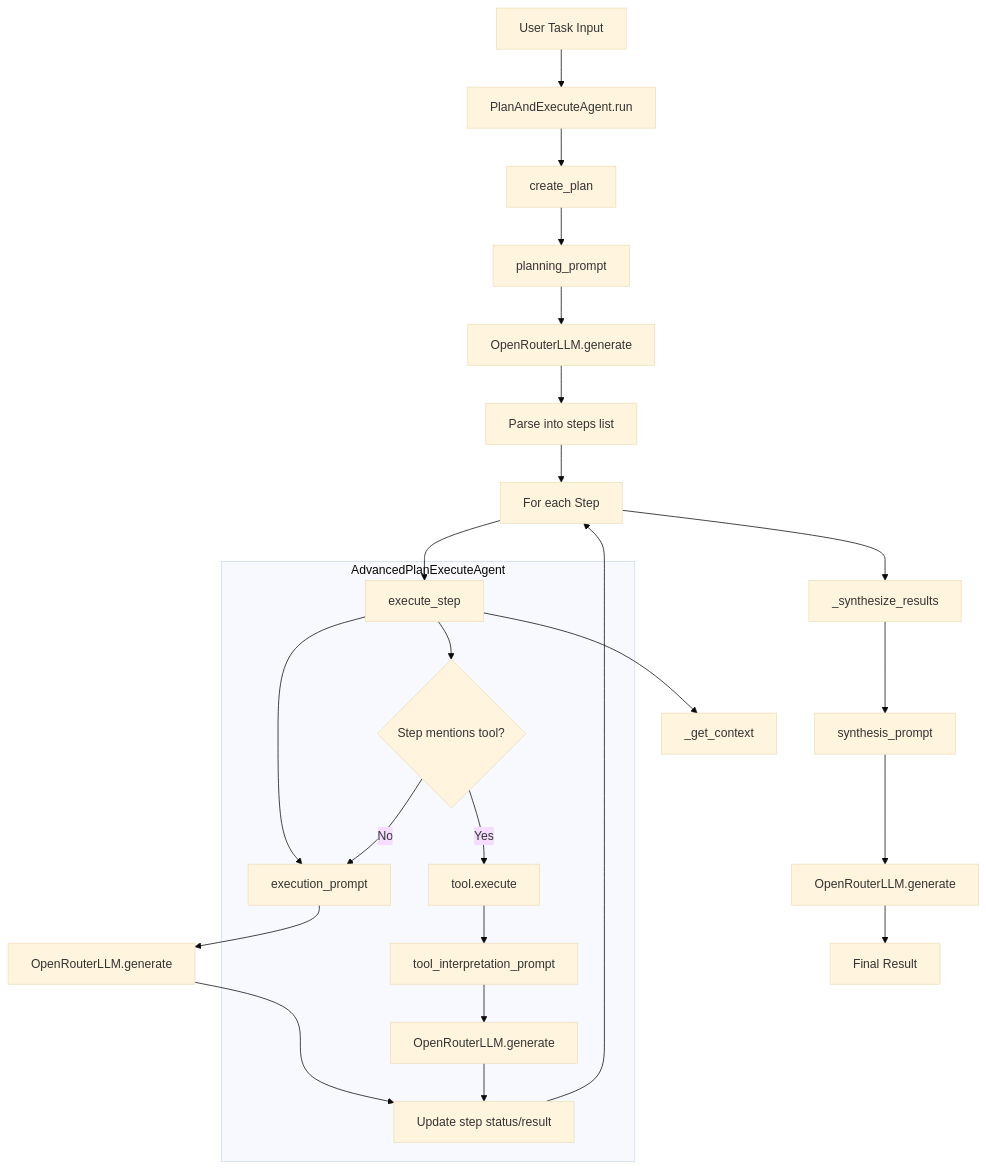
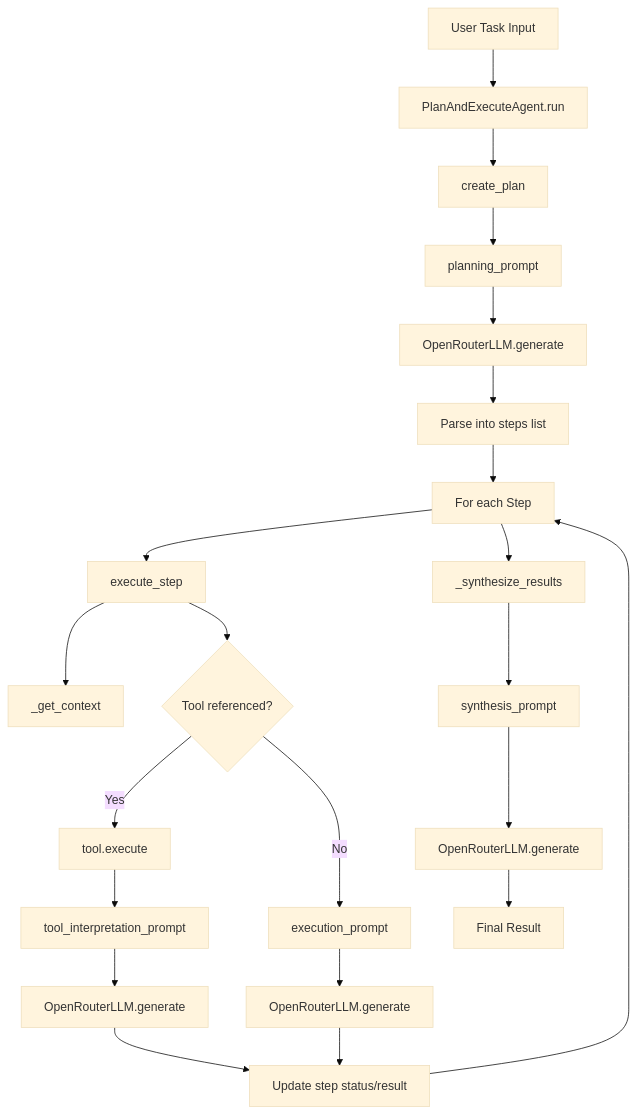
The diagram in readme.md (chjp/PlanExec-agent), drawn with Mermaid (base theme) before and after one commit. The commit also changed other lines of this file and 1 other file, not shown here.

Commit message:
rm CalculatorTool

````diff
--- a/readme.md
+++ b/readme.md
@@ -44,29 +43,25 @@
 ```mermaid
 flowchart TD
     U[User Task Input]
     U --> RUN[PlanAndExecuteAgent.run]
     RUN --> PLAN[create_plan]
     PLAN --> P1[planning_prompt]
     P1 --> LLM1[OpenRouterLLM.generate]
     LLM1 --> PARSE[Parse into steps list]
     PARSE --> LOOP[For each Step]
     LOOP --> EXEC[execute_step]
     EXEC --> CTX[_get_context]
-    EXEC --> P2[execution_prompt]
+    EXEC --> TOOLQ{Tool referenced?}
+    TOOLQ -- Yes --> TEXEC[tool.execute]
+    TEXEC --> P4[tool_interpretation_prompt]
+    P4 --> LLM4[OpenRouterLLM.generate]
+    LLM4 --> UPDATE[Update step status/result]
+    TOOLQ -- No --> P2[execution_prompt]
     P2 --> LLM2[OpenRouterLLM.generate]
-    LLM2 --> UPDATE[Update step status/result]
+    LLM2 --> UPDATE
     UPDATE --> LOOP
     LOOP --> SYN[_synthesize_results]
     SYN --> P3[synthesis_prompt]
     P3 --> LLM3[OpenRouterLLM.generate]
     LLM3 --> FINAL[Final Result]
-
-    subgraph AdvancedPlanExecuteAgent
-        EXEC --> TOOLQ{Step mentions tool?}
-        TOOLQ -- Yes --> TEXEC[tool.execute]
-        TEXEC --> P4[tool_interpretation_prompt]
-        P4 --> LLM4[OpenRouterLLM.generate]
-        LLM4 --> UPDATE
-        TOOLQ -- No --> P2
-    end
 ```
````
